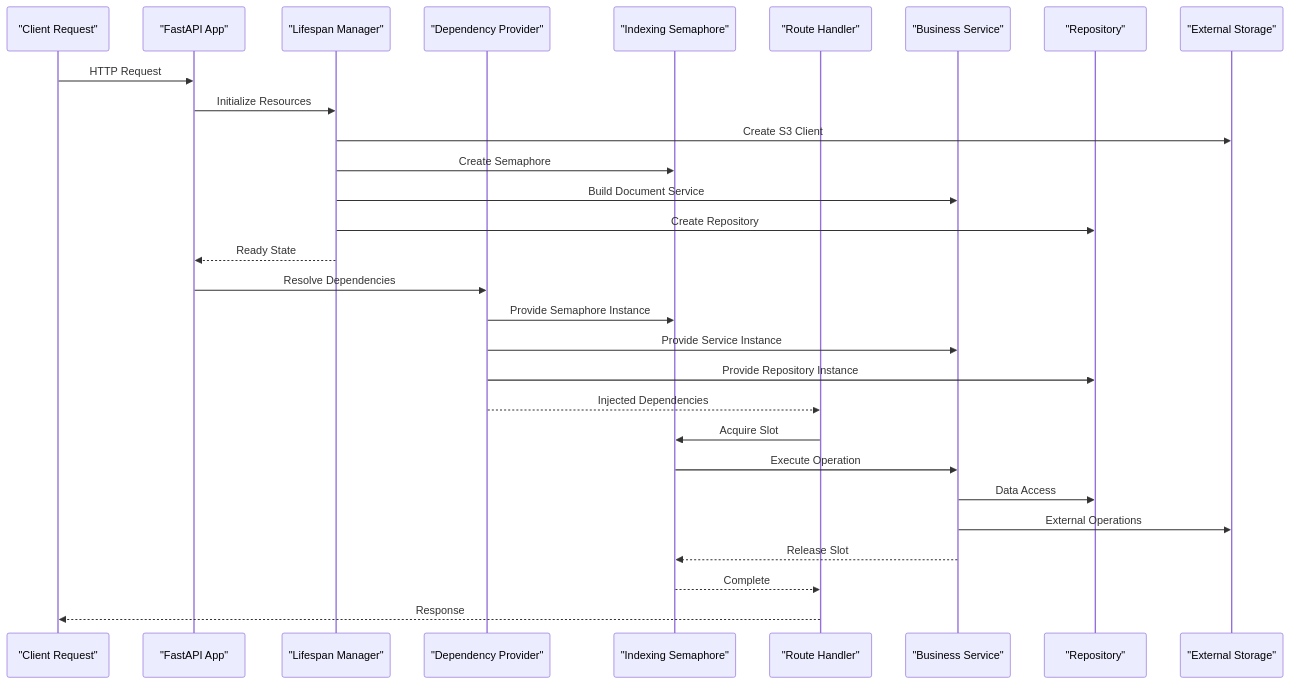
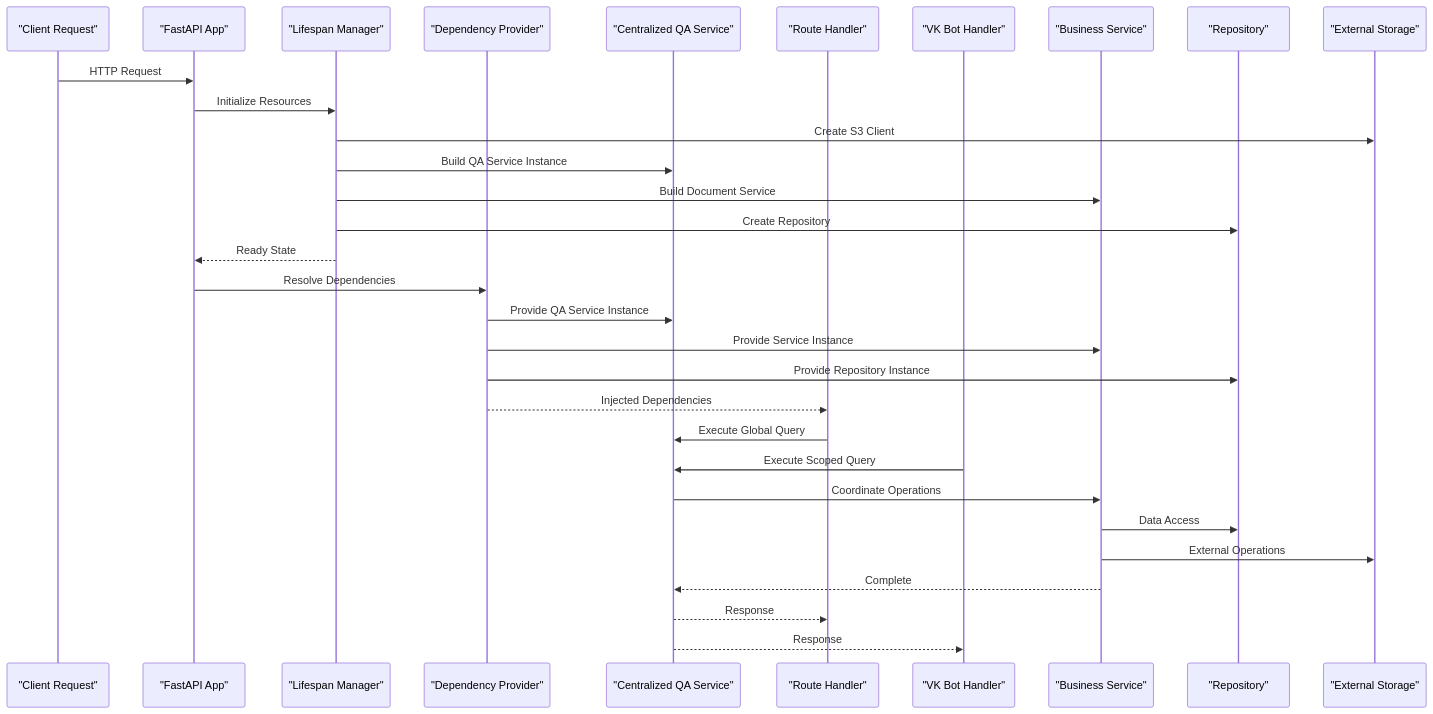
The second of 8 diagrams in .qoder/repowiki/en/content/API Reference/Dependency Injection System.md (ognelis/cafetera_hr_bot), drawn with Mermaid before and after one commit. The commit also changed other lines of this file and 29 other files, not shown here.

````diff
--- a/.qoder/repowiki/en/content/API Reference/Dependency Injection System.md
+++ b/.qoder/repowiki/en/content/API Reference/Dependency Injection System.md
@@ -132,31 +144,33 @@
 ```mermaid
 sequenceDiagram
 participant Client as "Client Request"
 participant App as "FastAPI App"
 participant Lifespan as "Lifespan Manager"
 participant Deps as "Dependency Provider"
-participant Semaphore as "Indexing Semaphore"
+participant QAService as "Centralized QA Service"
 participant Handler as "Route Handler"
+participant VKHandler as "VK Bot Handler"
 participant Service as "Business Service"
 participant Repo as "Repository"
 participant Storage as "External Storage"
 Client->>App : HTTP Request
 App->>Lifespan : Initialize Resources
 Lifespan->>Storage : Create S3 Client
-Lifespan->>Semaphore : Create Semaphore
+Lifespan->>QAService : Build QA Service Instance
 Lifespan->>Service : Build Document Service
 Lifespan->>Repo : Create Repository
 Lifespan-->>App : Ready State
 App->>Deps : Resolve Dependencies
-Deps->>Semaphore : Provide Semaphore Instance
+Deps->>QAService : Provide QA Service Instance
 Deps->>Service : Provide Service Instance
 Deps->>Repo : Provide Repository Instance
 Deps-->>Handler : Injected Dependencies
-Handler->>Semaphore : Acquire Slot
-Semaphore->>Service : Execute Operation
+Handler->>QAService : Execute Global Query
+VKHandler->>QAService : Execute Scoped Query
+QAService->>Service : Coordinate Operations
 Service->>Repo : Data Access
 Service->>Storage : External Operations
-Service-->>Semaphore : Release Slot
-Semaphore-->>Handler : Complete
-Handler-->>Client : Response
+Service-->>QAService : Complete
+QAService-->>Handler : Response
+QAService-->>VKHandler : Response
 ```
````
